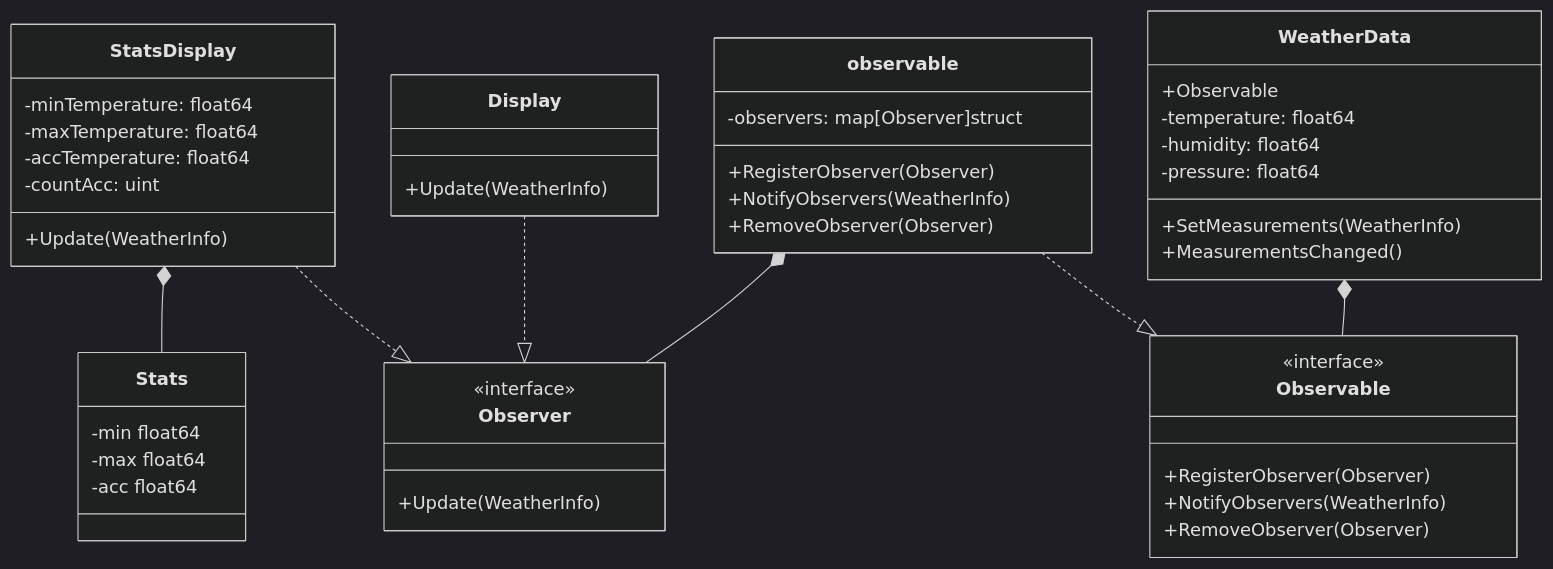
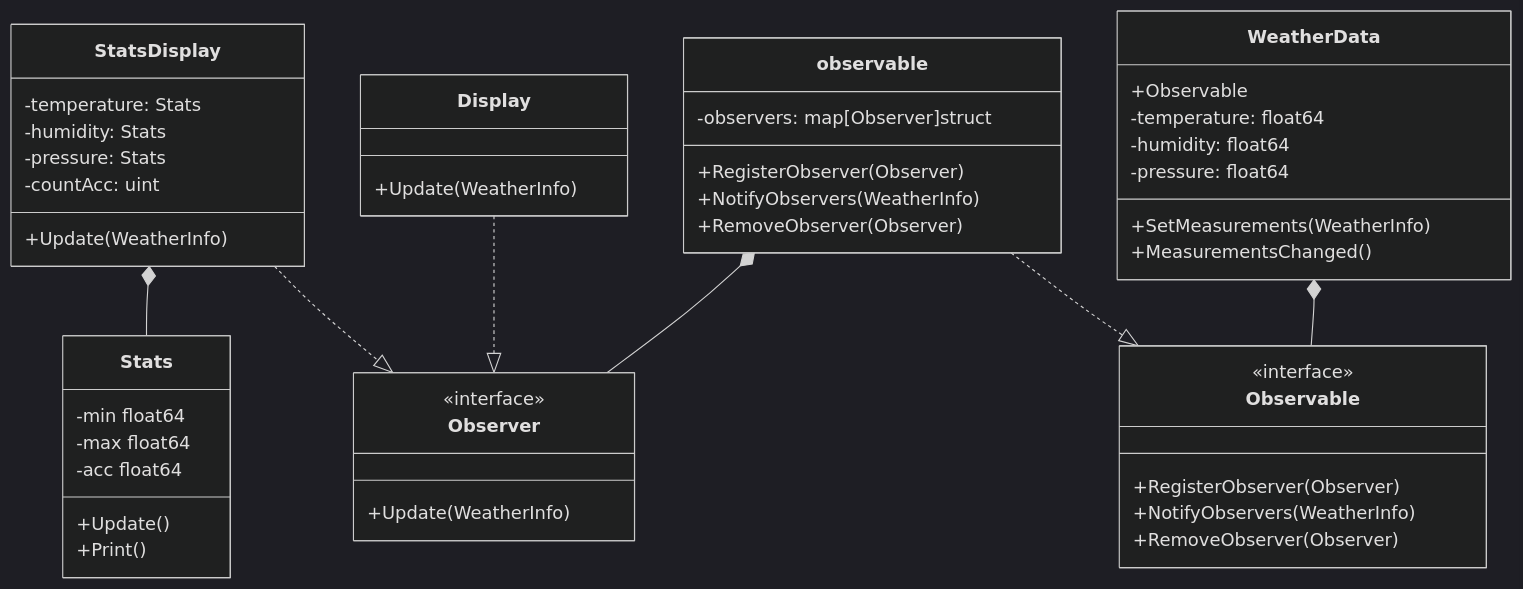
The diagram in lw2/weatherstation/docs/ARCHITECTURE.md (cetusw/ood), drawn with Mermaid (dark theme) before and after one commit. The commit also changed 12 other files, not shown here.

````diff
--- a/lw2/weatherstation/docs/ARCHITECTURE.md
+++ b/lw2/weatherstation/docs/ARCHITECTURE.md
@@ -1,55 +1,57 @@
 ```mermaid
 classDiagram
     class Observer {
         <<interface>>
         +Update(WeatherInfo)
     }
 
     class Display {
         +Update(WeatherInfo)
     }
 
     class StatsDisplay {
-        -minTemperature: float64
-        -maxTemperature: float64
-        -accTemperature: float64
+        -temperature: Stats
+        -humidity: Stats
+        -pressure: Stats
         -countAcc: uint
         +Update(WeatherInfo)
     }
 
     class Observable {
         <<interface>>
         +RegisterObserver(Observer)
         +NotifyObservers(WeatherInfo)
         +RemoveObserver(Observer)
     }
 
     class observable {
         -observers: map[Observer]struct
         +RegisterObserver(Observer)
         +NotifyObservers(WeatherInfo)
         +RemoveObserver(Observer)
     }
 
     class WeatherData {
         +Observable
         -temperature: float64
         -humidity: float64
         -pressure: float64
         +SetMeasurements(WeatherInfo)
         +MeasurementsChanged()
     }
 
     class Stats {
         -min float64
         -max float64
         -acc float64
+        +Update()
+        +Print()
     }
 
     observable ..|> Observable
     Display ..|> Observer
     StatsDisplay ..|> Observer
     StatsDisplay *-- Stats
     WeatherData *-- Observable
     observable *-- Observer
 ```
````
